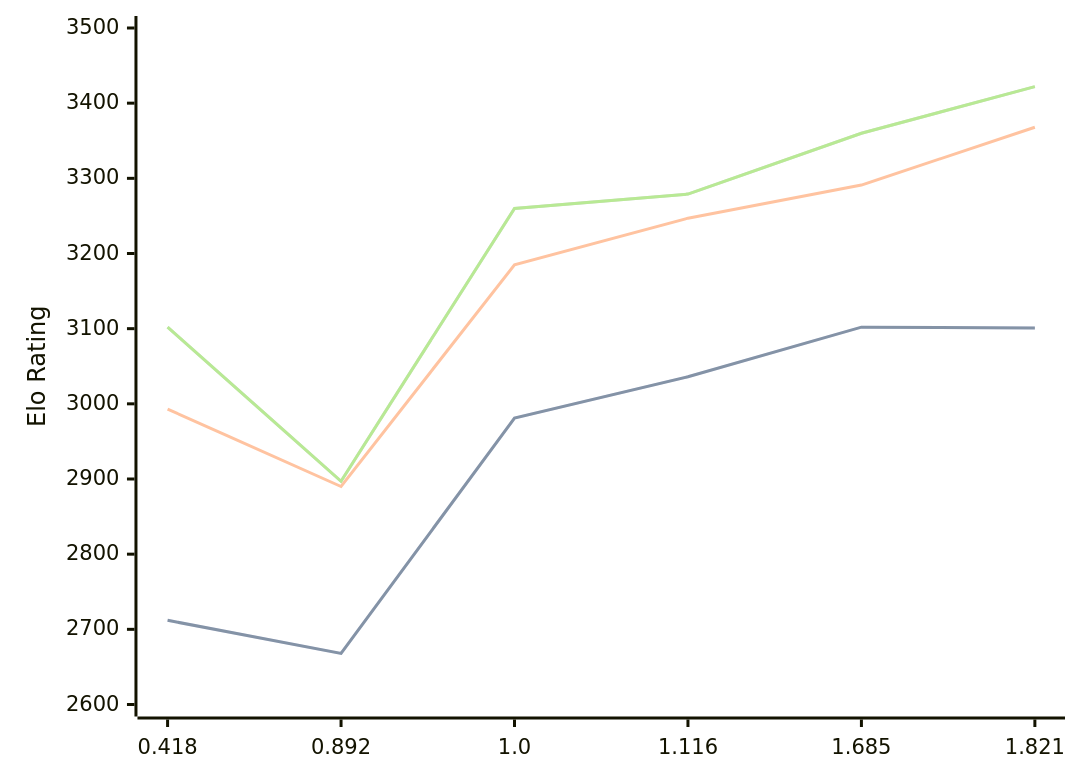
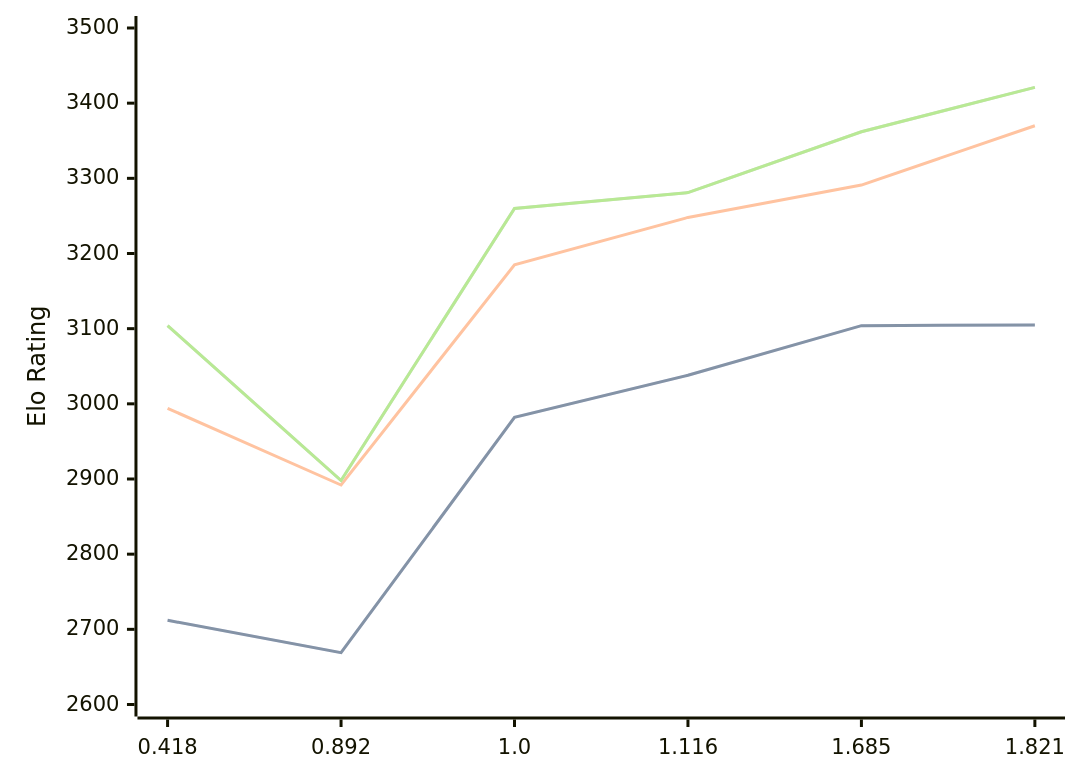
The diagram in engines/Malika.md (computer-chess-index/cci), drawn with Mermaid before and after one commit. The commit also changed other lines of this file, not shown here.

Commit message:
Update CCI Ratings (ELO VLTC) - 2026-09-13

````diff
--- a/engines/Malika.md
+++ b/engines/Malika.md
@@ -36,11 +36,11 @@
 ```mermaid
 %%{init: {"theme":"base","themeVariables":{"seriesColors:['#a3a3a3','#222221','#faa371']}}}%%
 xychart-beta
   x-axis ["0.418", "0.892", "1.0", "1.116", "1.685", "1.821"]
   y-axis "Elo Rating" 2600 --> 3500
-  line "" [2712, 2668, 2981, 3036, 3102, 3101]
-  line "STC (8.0+0.08s)" [2712, 2668, 2981, 3036, 3102, 3101]
-  line "LTC (60.0+0.60s)" [2993, 2890, 3185, 3247, 3291, 3368]
-  line "" [3102, 2897, 3260, 3279, 3360, 3422]
-  line "VLTC (2m24s+1.12s)" [3102, 2897, 3260, 3279, 3360, 3422]
+  line "" [2712, 2669, 2982, 3038, 3104, 3105]
+  line "STC (8.0+0.08s)" [2712, 2669, 2982, 3038, 3104, 3105]
+  line "LTC (60.0+0.60s)" [2994, 2892, 3185, 3248, 3291, 3370]
+  line "" [3104, 2898, 3260, 3281, 3362, 3421]
+  line "VLTC (2m24s+1.12s)" [3104, 2898, 3260, 3281, 3362, 3421]
 ```
````
